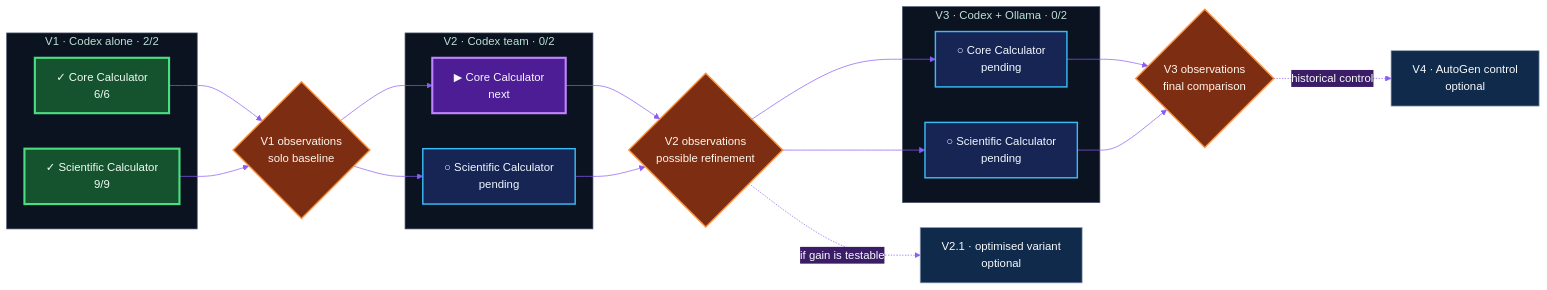
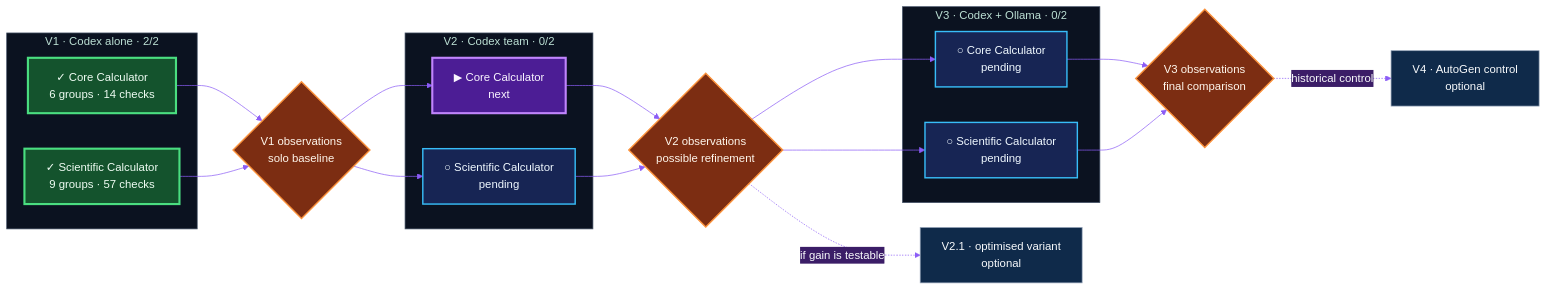
The diagram in README.en.md (ERICRAC/AgentBench-2026), drawn with Mermaid before and after one commit. The commit also changed other lines of this file and 15 other files, not shown here.

````diff
--- a/README.en.md
+++ b/README.en.md
@@ -39,50 +39,50 @@
 ```mermaid
 %%{init: {"theme": "base", "themeVariables": {
   "primaryColor": "#0f2a4a",
   "primaryTextColor": "#f8fafc",
   "primaryBorderColor": "#22d3ee",
   "secondaryColor": "#3b1d67",
   "tertiaryColor": "#431f2b",
   "fontFamily": "system-ui",
   "lineColor": "#8b5cf6",
   "clusterBkg": "#0b1220",
   "clusterBorder": "#475569"
 }}}%%
 flowchart LR
     subgraph V1["V1 · Codex alone · 2/2"]
-      V1C["✓ Core Calculator<br/>6/6"]
-      V1S["✓ Scientific Calculator<br/>9/9"]
+      V1C["✓ Core Calculator<br/>6 groups · 14 checks"]
+      V1S["✓ Scientific Calculator<br/>9 groups · 57 checks"]
     end
     G1{"V1 observations<br/>solo baseline"}
     subgraph V2["V2 · Codex team · 0/2"]
       V2C["▶ Core Calculator<br/>next"]
       V2S["○ Scientific Calculator<br/>pending"]
     end
     G2{"V2 observations<br/>possible refinement"}
     V21["V2.1 · optimised variant<br/>optional"]
     subgraph V3["V3 · Codex + Ollama · 0/2"]
       V3C["○ Core Calculator<br/>pending"]
       V3S["○ Scientific Calculator<br/>pending"]
     end
     G3{"V3 observations<br/>final comparison"}
     V4["V4 · AutoGen control<br/>optional"]
 
     V1C & V1S --> G1
     G1 --> V2C & V2S
     V2C & V2S --> G2
     G2 -. "if gain is testable" .-> V21
     G2 --> V3C & V3S
     V3C & V3S --> G3
     G3 -. "historical control" .-> V4
 
     classDef done fill:#14532d,stroke:#4ade80,color:#f0fdf4,stroke-width:3px;
     classDef next fill:#4c1d95,stroke:#c084fc,color:#faf5ff,stroke-width:3px;
     classDef todo fill:#172554,stroke:#38bdf8,color:#f0f9ff,stroke-width:2px;
     classDef gate fill:#7c2d12,stroke:#fb923c,color:#fff7ed,stroke-width:2px;
     classDef optional fill:#0f2a4a,stroke:#94a3b8,color:#f8fafc;
     class V1C,V1S done;
     class V2C next;
     class V2S,V3C,V3S todo;
     class G1,G2,G3 gate;
     class V21,V4 optional;
 ```
````
